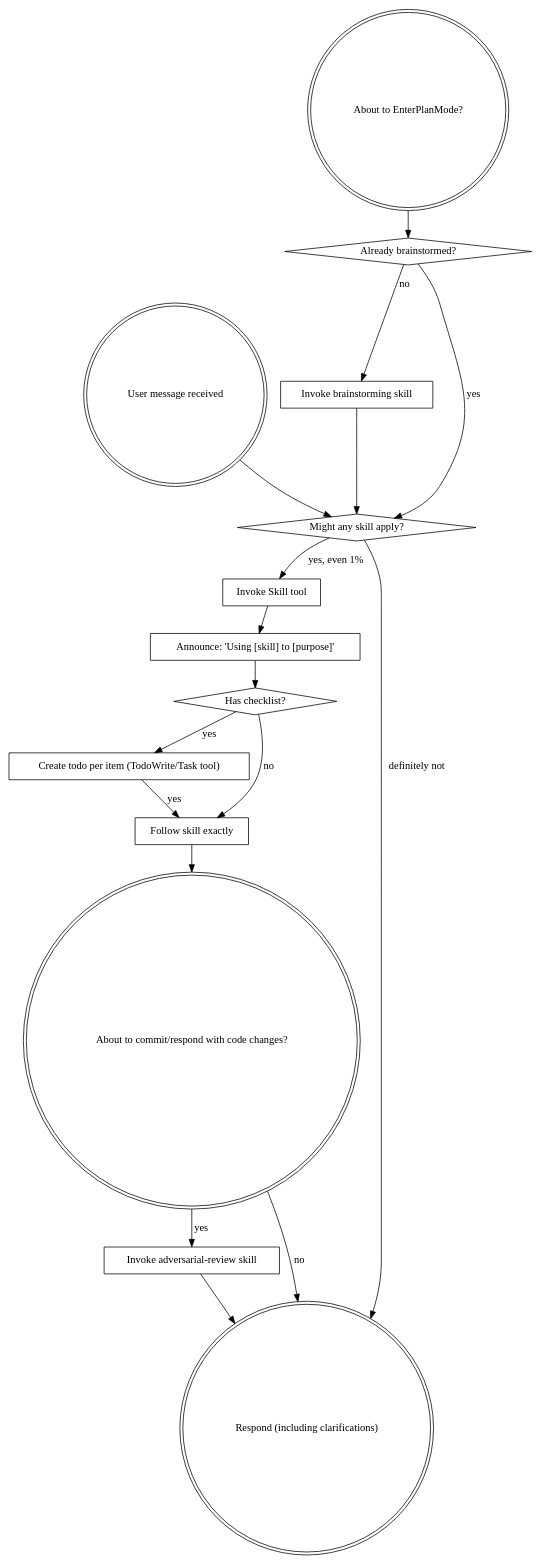
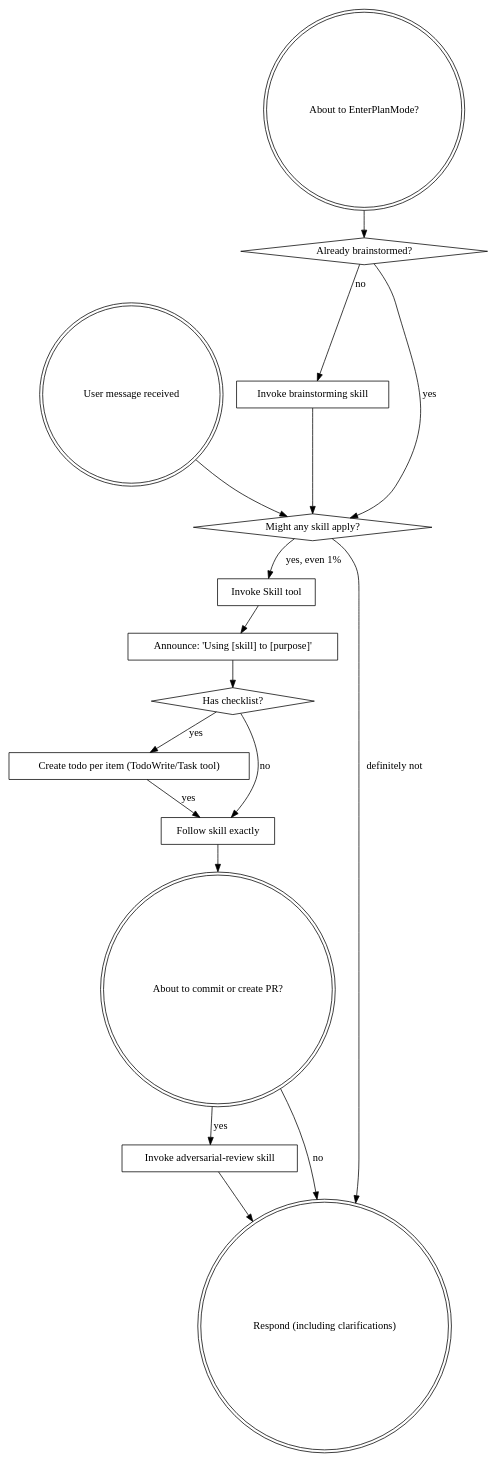
One commit to binhex/superpowers changed the diagram in skills/using-superpowers/SKILL.md. Above: the diagram before and after it, drawn with Graphviz. The commit also changed other lines of this file and 4 other files, not shown here.

````diff
--- a/skills/using-superpowers/SKILL.md
+++ b/skills/using-superpowers/SKILL.md
@@ -59,35 +59,35 @@
 ```dot
 digraph skill_flow {
     "User message received" [shape=doublecircle];
     "About to EnterPlanMode?" [shape=doublecircle];
     "Already brainstormed?" [shape=diamond];
     "Invoke brainstorming skill" [shape=box];
     "Might any skill apply?" [shape=diamond];
     "Invoke Skill tool" [shape=box];
     "Announce: 'Using [skill] to [purpose]'" [shape=box];
     "Has checklist?" [shape=diamond];
     "Create todo per item (TodoWrite/Task tool)" [shape=box];
     "Follow skill exactly" [shape=box];
-    "About to commit/respond with code changes?" [shape=doublecircle];
+    "About to commit or create PR?" [shape=doublecircle];
     "Invoke adversarial-review skill" [shape=box];
     "Respond (including clarifications)" [shape=doublecircle];
 
     "About to EnterPlanMode?" -> "Already brainstormed?";
     "Already brainstormed?" -> "Invoke brainstorming skill" [label="no"];
     "Already brainstormed?" -> "Might any skill apply?" [label="yes"];
     "Invoke brainstorming skill" -> "Might any skill apply?";
 
     "User message received" -> "Might any skill apply?";
     "Might any skill apply?" -> "Invoke Skill tool" [label="yes, even 1%"];
     "Might any skill apply?" -> "Respond (including clarifications)" [label="definitely not"];
     "Invoke Skill tool" -> "Announce: 'Using [skill] to [purpose]'";
     "Announce: 'Using [skill] to [purpose]'" -> "Has checklist?";
     "Has checklist?" -> "Create todo per item (TodoWrite/Task tool)" [label="yes"];
     "Has checklist?" -> "Follow skill exactly" [label="no"];
     "Create todo per item (TodoWrite/Task tool)" -> "Follow skill exactly" [label="yes"];
-    "Follow skill exactly" -> "About to commit/respond with code changes?";
-    "About to commit/respond with code changes?" -> "Invoke adversarial-review skill" [label="yes"];
-    "About to commit/respond with code changes?" -> "Respond (including clarifications)" [label="no"];
+    "Follow skill exactly" -> "About to commit or create PR?";
+    "About to commit or create PR?" -> "Invoke adversarial-review skill" [label="yes"];
+    "About to commit or create PR?" -> "Respond (including clarifications)" [label="no"];
     "Invoke adversarial-review skill" -> "Respond (including clarifications)";
 }
 ```
````
